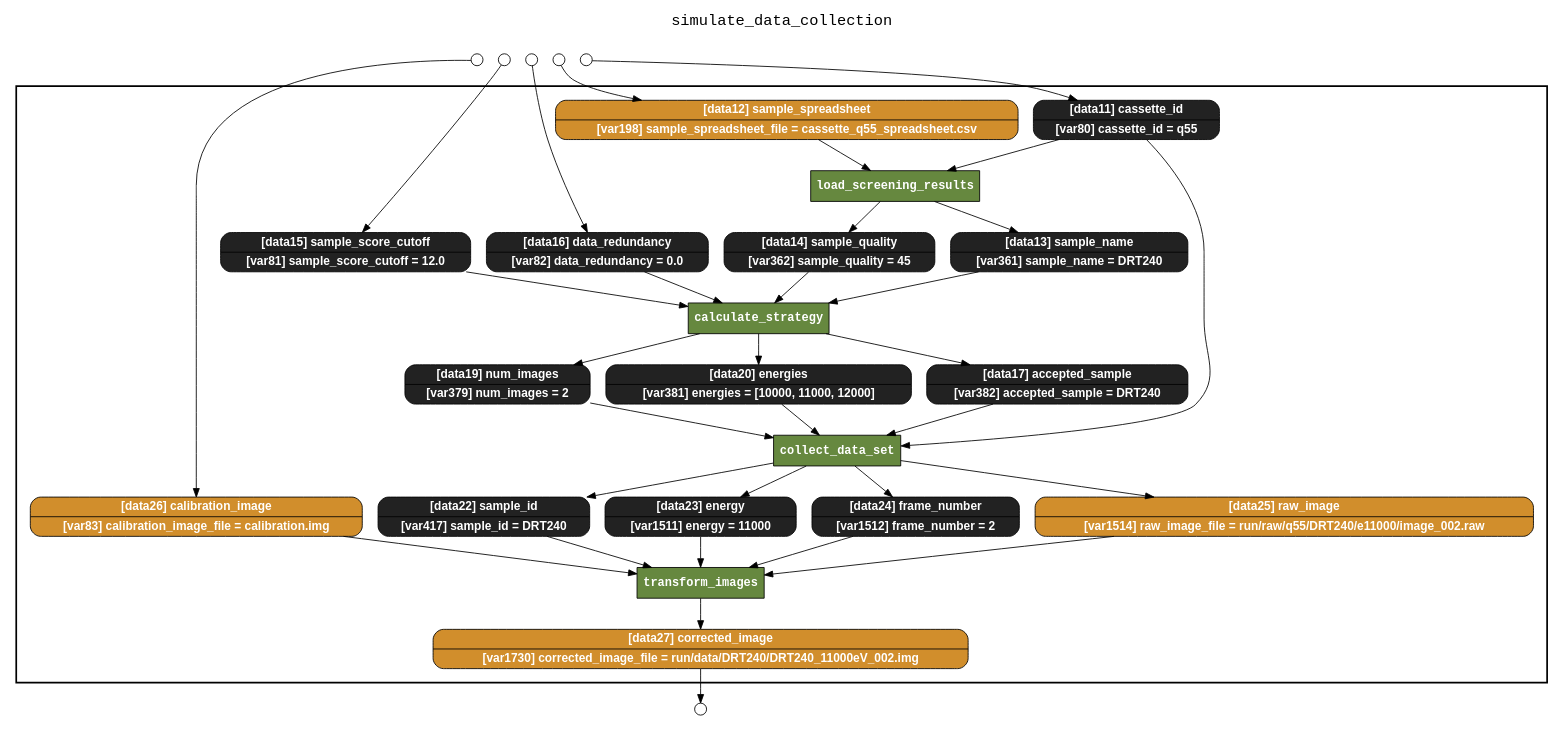
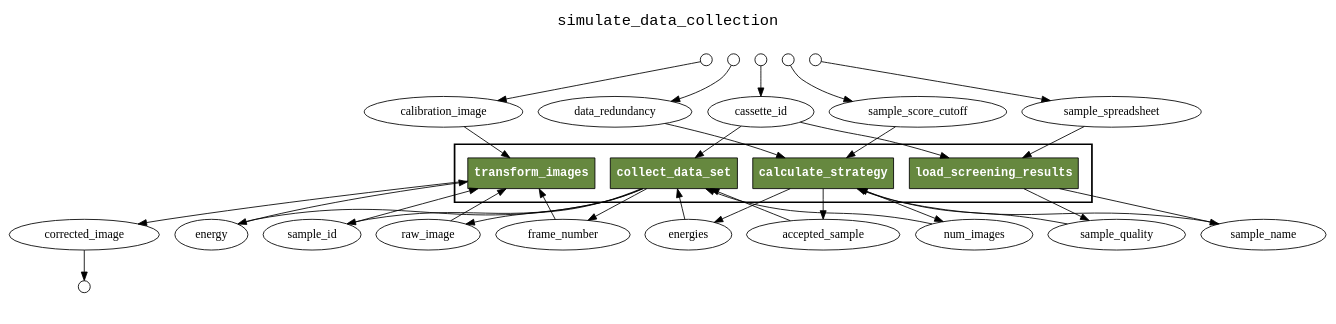
The diagram in examples/simulate_data_collection/yw_nw_retrospective_lineage.gv (yesworkflow-org/yw-noworkflow), drawn with Graphviz before and after one commit. The commit also changed 38 other files, not shown here.

```diff
--- a/examples/simulate_data_collection/yw_nw_retrospective_lineage.gv
+++ b/examples/simulate_data_collection/yw_nw_retrospective_lineage.gv
@@ -1,77 +1,62 @@
 
 digraph yw_data_view {
 rankdir=TB
 fontname=Courier; fontsize=18; labelloc=t
 label="simulate_data_collection"
 subgraph cluster_workflow { label=""; color=black; penwidth=2
 subgraph cluster_workflow_inner { label=""; color=white
 node[shape=box style=filled fillcolor="#66883F" peripheries=1 fontname="Courier-Bold" fontcolor=white]
 collect_data_set
 calculate_strategy
 load_screening_results
 transform_images
 node[shape=box style="filled" fillcolor="#CCFFCC" peripheries=1 fontname=Courier]
 node[shape=box style="rounded,filled" fillcolor="#D18E2C" peripheries=1 fontname="Helvetica-Bold"]
-sample_spreadsheet [shape=record rankdir=LR label="{<f0> [data12] sample_spreadsheet |<f1> [var198] sample_spreadsheet_file = cassette_q55_spreadsheet.csv}"]
-raw_image [shape=record rankdir=LR label="{<f0> [data25] raw_image |<f1> [var1514] raw_image_file = run/raw/q55/DRT240/e11000/image_002.raw}"]
-calibration_image [shape=record rankdir=LR label="{<f0> [data26] calibration_image |<f1> [var83] calibration_image_file = calibration.img}"]
-corrected_image [shape=record rankdir=LR label="{<f0> [data27] corrected_image |<f1> [var1730] corrected_image_file = run/data/DRT240/DRT240_11000eV_002.img}"]
 node[shape=box style="rounded,filled" fillcolor="#222222" peripheries=1 fontname="Helvetica-Bold"]
-cassette_id [shape=record rankdir=LR label="{<f0> [data11] cassette_id |<f1> [var80] cassette_id = q55}"]
-sample_name [shape=record rankdir=LR label="{<f0> [data13] sample_name |<f1> [var361] sample_name = DRT240}"]
-sample_quality [shape=record rankdir=LR label="{<f0> [data14] sample_quality |<f1> [var362] sample_quality = 45}"]
-sample_score_cutoff [shape=record rankdir=LR label="{<f0> [data15] sample_score_cutoff |<f1> [var81] sample_score_cutoff = 12.0}"]
-data_redundancy [shape=record rankdir=LR label="{<f0> [data16] data_redundancy |<f1> [var82] data_redundancy = 0.0}"]
-accepted_sample [shape=record rankdir=LR label="{<f0> [data17] accepted_sample |<f1> [var382] accepted_sample = DRT240}"]
-num_images [shape=record rankdir=LR label="{<f0> [data19] num_images |<f1> [var379] num_images = 2}"]
-energies [shape=record rankdir=LR label="{<f0> [data20] energies |<f1> [var381] energies = [10000, 11000, 12000]}"]
-sample_id [shape=record rankdir=LR label="{<f0> [data22] sample_id |<f1> [var417] sample_id = DRT240}"]
-energy [shape=record rankdir=LR label="{<f0> [data23] energy |<f1> [var1511] energy = 11000}"]
-frame_number [shape=record rankdir=LR label="{<f0> [data24] frame_number |<f1> [var1512] frame_number = 2}"]
 }}
 subgraph cluster_inflows { label=""; color=white; penwidth=2
 subgraph cluster_inflows_inner { label=""; color=white
 node[shape=circle fillcolor="#FFFFFF" peripheries=1 width=0.2]
 sample_spreadsheet_inflow [label=""]
 calibration_image_inflow [label=""]
 sample_score_cutoff_inflow [label=""]
 data_redundancy_inflow [label=""]
 cassette_id_inflow [label=""]
 }}
 subgraph cluster_outflows { label=""; color=white; penwidth=2
 subgraph cluster_outflows_inner { label=""; color=white
 node[shape=circle fillcolor="#FFFFFF" peripheries=1 width=0.2]
 corrected_image_outflow [label=""]
 }}
-frame_number -> transform_images
-sample_score_cutoff -> calculate_strategy
-energies -> collect_data_set
-accepted_sample -> collect_data_set
-raw_image -> transform_images
-sample_quality -> calculate_strategy
-sample_id -> transform_images
-calibration_image -> transform_images
-data_redundancy -> calculate_strategy
-energy -> transform_images
-sample_spreadsheet -> load_screening_results
-num_images -> collect_data_set
-sample_name -> calculate_strategy
 cassette_id -> collect_data_set
 cassette_id -> load_screening_results
+accepted_sample -> collect_data_set
+frame_number -> transform_images
+energy -> transform_images
+sample_id -> transform_images
+sample_spreadsheet -> load_screening_results
+raw_image -> transform_images
+num_images -> collect_data_set
+sample_score_cutoff -> calculate_strategy
+calibration_image -> transform_images
+energies -> collect_data_set
+data_redundancy -> calculate_strategy
+sample_name -> calculate_strategy
+sample_quality -> calculate_strategy
 load_screening_results -> sample_name
 load_screening_results -> sample_quality
 calculate_strategy -> accepted_sample
 calculate_strategy -> num_images
 calculate_strategy -> energies
 collect_data_set -> sample_id
 collect_data_set -> energy
 collect_data_set -> frame_number
 collect_data_set -> raw_image
 transform_images -> corrected_image
 sample_spreadsheet_inflow -> sample_spreadsheet
 calibration_image_inflow -> calibration_image
 sample_score_cutoff_inflow -> sample_score_cutoff
 data_redundancy_inflow -> data_redundancy
 cassette_id_inflow -> cassette_id
 corrected_image -> corrected_image_outflow
 }
```
